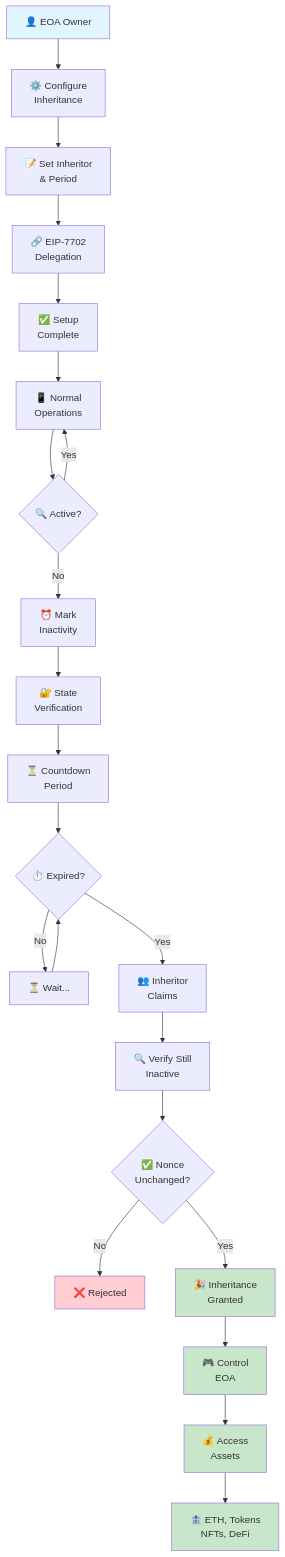
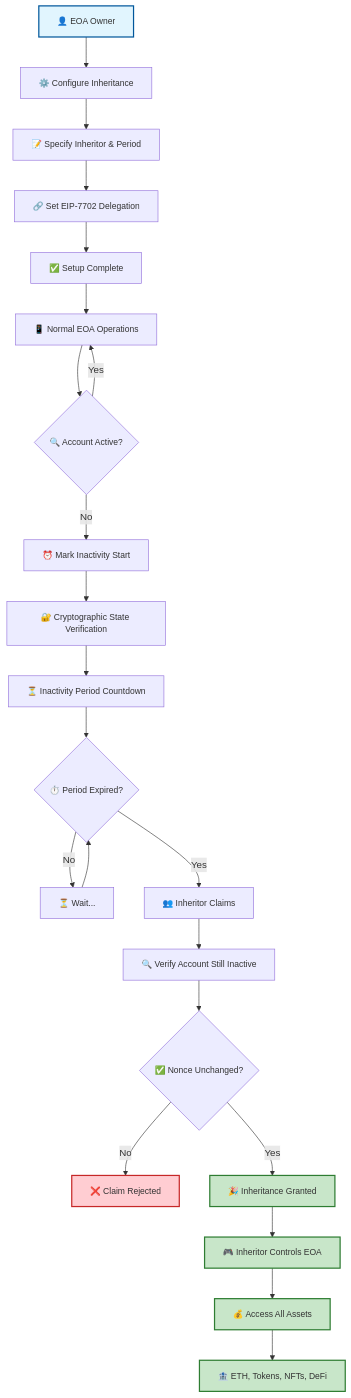
Before and after one commit to hadv/ethersafe: the diagram in README.md, drawn with Mermaid. The commit also changed other lines of this file, not shown here.

First line of the commit message:
Optimize Mermaid diagram with larger components and full text

````diff
--- a/README.md
+++ b/README.md
@@ -17,35 +17,37 @@
 ```mermaid
 graph TD
-    A[👤 EOA Owner] --> B[⚙️ Configure<br/>Inheritance]
-    B --> C[📝 Set Inheritor<br/>& Period]
-    C --> D[🔗 EIP-7702<br/>Delegation]
-    D --> E[✅ Setup<br/>Complete]
-
-    E --> F[📱 Normal<br/>Operations]
-    F --> G{🔍 Active?}
+    A[👤 EOA Owner] --> B[⚙️ Configure Inheritance]
+    B --> C[📝 Specify Inheritor & Period]
+    C --> D[🔗 Set EIP-7702 Delegation]
+    D --> E[✅ Setup Complete]
+    
+    E --> F[📱 Normal EOA Operations]
+    F --> G{🔍 Account Active?}
     G -->|Yes| F
-    G -->|No| H[⏰ Mark<br/>Inactivity]
-
-    H --> I[🔐 State<br/>Verification]
-    I --> J[⏳ Countdown<br/>Period]
-    J --> K{⏱️ Expired?}
+    G -->|No| H[⏰ Mark Inactivity Start]
+    
+    H --> I[🔐 Cryptographic State Verification]
+    I --> J[⏳ Inactivity Period Countdown]
+    J --> K{⏱️ Period Expired?}
     K -->|No| L[⏳ Wait...]
     L --> K
-    K -->|Yes| M[👥 Inheritor<br/>Claims]
-
-    M --> N[🔍 Verify Still<br/>Inactive]
-    N --> O{✅ Nonce<br/>Unchanged?}
-    O -->|No| P[❌ Rejected]
-    O -->|Yes| Q[🎉 Inheritance<br/>Granted]
-
-    Q --> R[🎮 Control<br/>EOA]
-    R --> S[💰 Access<br/>Assets]
-    S --> T[🏦 ETH, Tokens<br/>NFTs, DeFi]
-
-    style A fill:#e1f5fe
-    style Q fill:#c8e6c9
-    style R fill:#c8e6c9
-    style S fill:#c8e6c9
-    style T fill:#c8e6c9
-    style P fill:#ffcdd2
+    K -->|Yes| M[👥 Inheritor Claims]
+    
+    M --> N[🔍 Verify Account Still Inactive]
+    N --> O{✅ Nonce Unchanged?}
+    O -->|No| P[❌ Claim Rejected]
+    O -->|Yes| Q[🎉 Inheritance Granted]
+    
+    Q --> R[🎮 Inheritor Controls EOA]
+    R --> S[💰 Access All Assets]
+    S --> T[🏦 ETH, Tokens, NFTs, DeFi]
+    
+    style A fill:#e1f5fe,stroke:#01579b,stroke-width:2px
+    style Q fill:#c8e6c9,stroke:#2e7d32,stroke-width:2px
+    style R fill:#c8e6c9,stroke:#2e7d32,stroke-width:2px
+    style S fill:#c8e6c9,stroke:#2e7d32,stroke-width:2px
+    style T fill:#c8e6c9,stroke:#2e7d32,stroke-width:2px
+    style P fill:#ffcdd2,stroke:#c62828,stroke-width:2px
+    
+    classDef default font-size:14px
 ```
````
